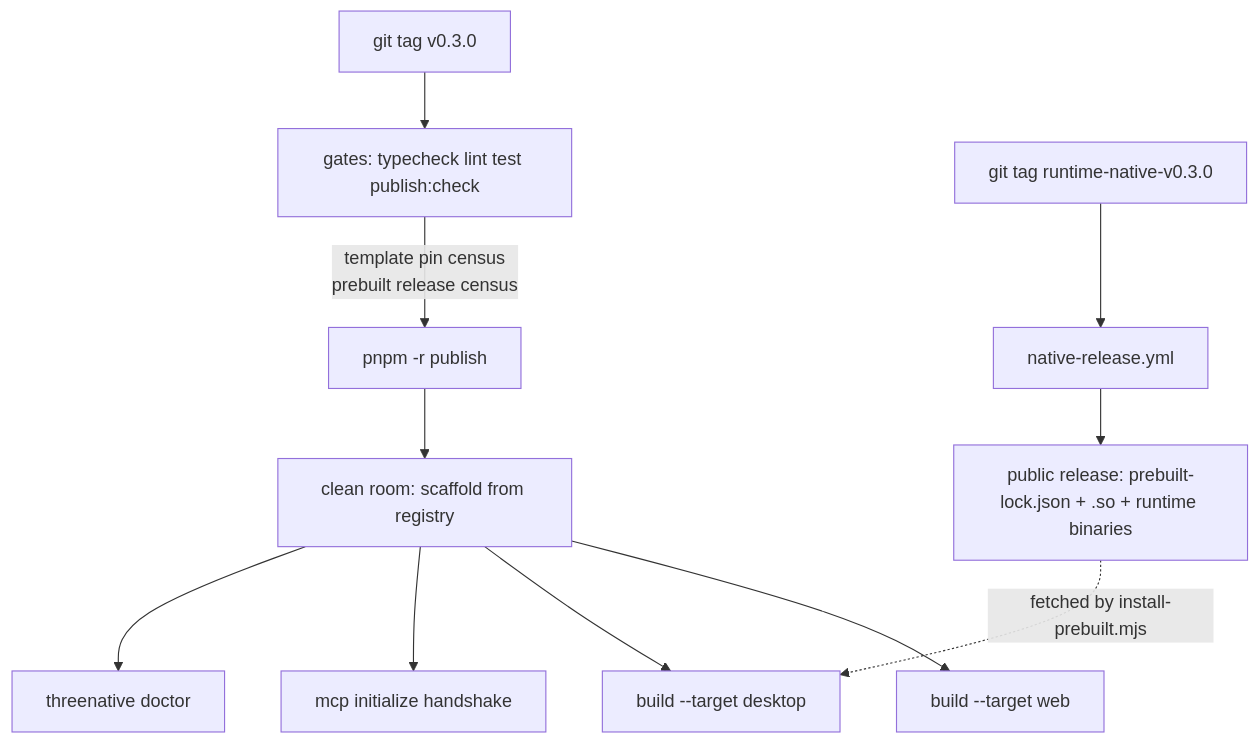
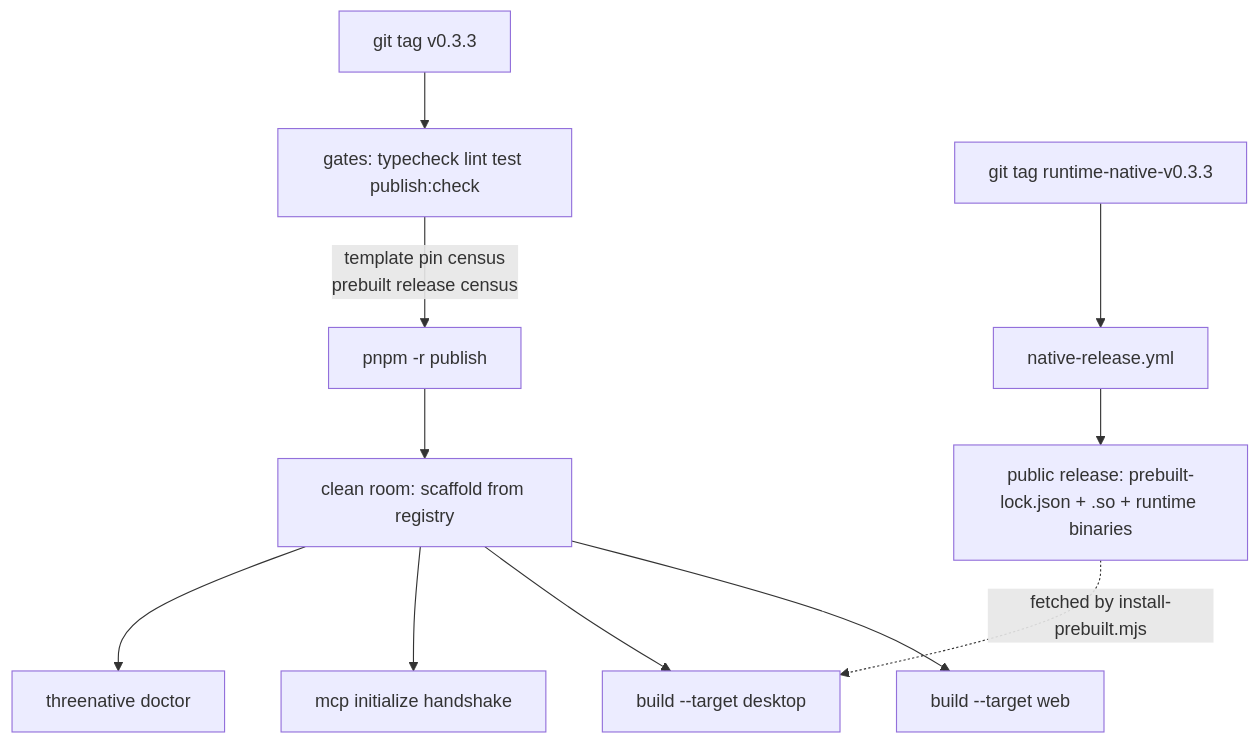
One commit to ThreeNativeHQ/threenative changed the diagram in docs/PRDs/production-readiness/critical/PRD-196-published-install-is-functional.md. Above: the diagram before and after it, drawn with Mermaid. The commit also changed other lines of this file, not shown here.

````diff
--- a/docs/PRDs/production-readiness/critical/PRD-196-published-install-is-functional.md
+++ b/docs/PRDs/production-readiness/critical/PRD-196-published-install-is-functional.md
@@ -162,13 +159,13 @@
 ```mermaid
 flowchart TD
-  T["git tag v0.3.0"] --> G["gates: typecheck lint test publish:check"]
+  T["git tag v0.3.3"] --> G["gates: typecheck lint test publish:check"]
   G -->|"template pin census<br/>prebuilt release census"| P["pnpm -r publish"]
   P --> C["clean room: scaffold from registry"]
   C --> W["build --target web"]
   C --> D["build --target desktop"]
   C --> M["mcp initialize handshake"]
   C --> X["threenative doctor"]
-  RT["git tag runtime-native-v0.3.0"] --> NR["native-release.yml"]
+  RT["git tag runtime-native-v0.3.3"] --> NR["native-release.yml"]
   NR --> REL["public release: prebuilt-lock.json + .so + runtime binaries"]
   REL -.->|"fetched by install-prebuilt.mjs"| D
 ```
````
